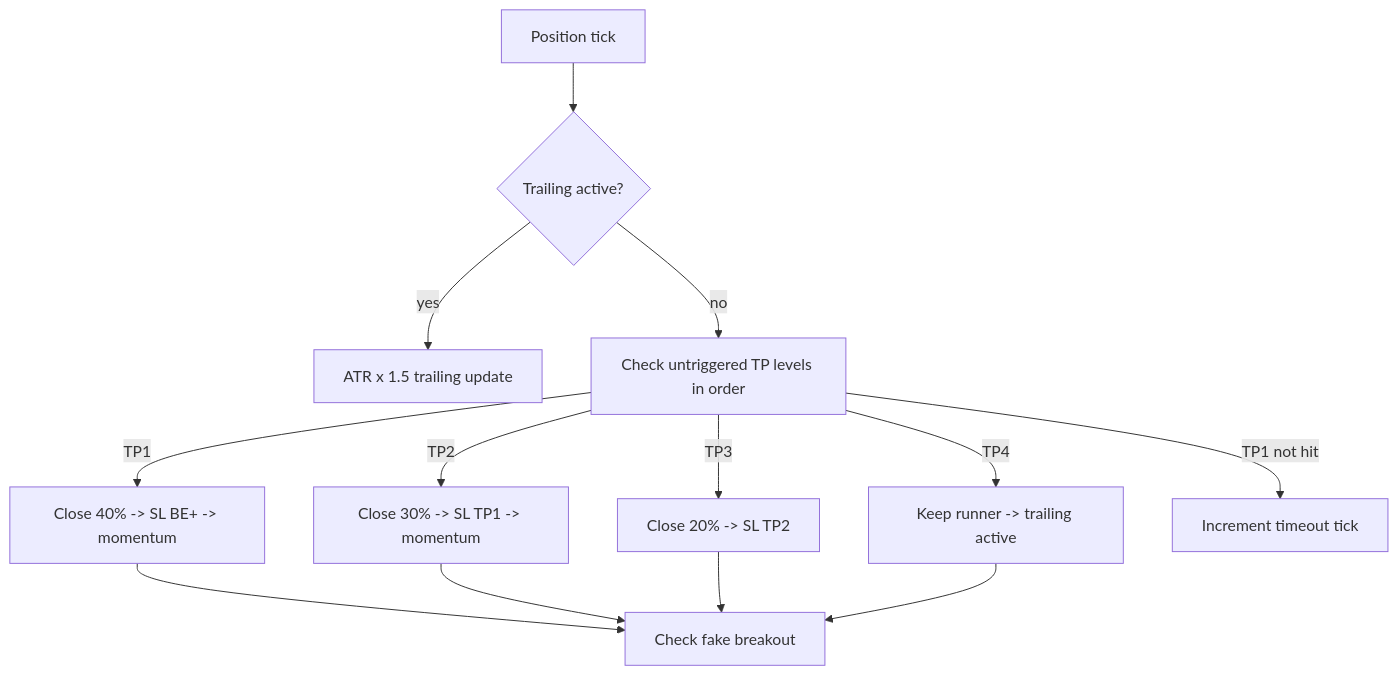
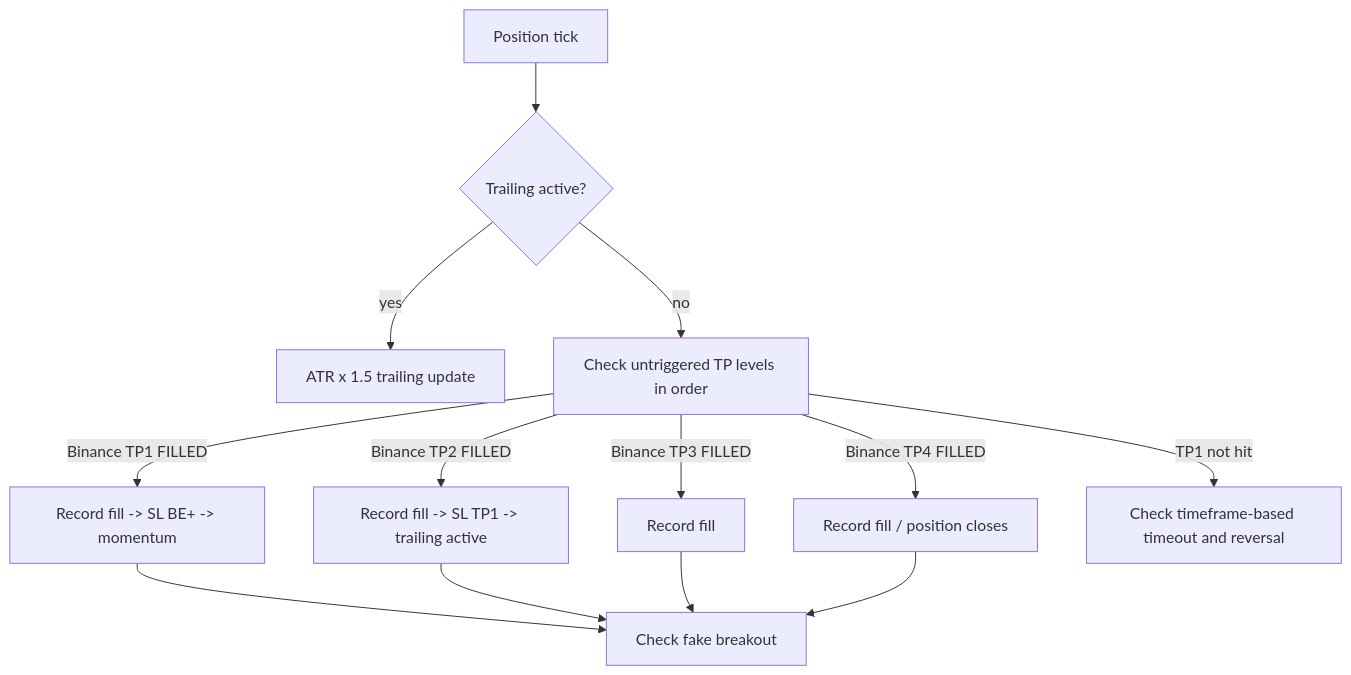
One commit to SamuiRo/EADrift changed the third of 3 diagrams in docs/FLOWS.md. Above: the diagram before and after it, drawn with Mermaid. The commit also changed other lines of this file and 9 other files, not shown here.

````diff
--- a/docs/FLOWS.md
+++ b/docs/FLOWS.md
@@ -118,15 +118,15 @@
 ```mermaid
 flowchart TD
     A["Position tick"] --> T{"Trailing active?"}
     T -->|yes| TR["ATR x 1.5 trailing update"]
     T -->|no| P["Check untriggered TP levels in order"]
-    P -->|TP1| P1["Close 40% -> SL BE+ -> momentum"]
-    P -->|TP2| P2["Close 30% -> SL TP1 -> momentum"]
-    P -->|TP3| P3["Close 20% -> SL TP2"]
-    P -->|TP4| P4["Keep runner -> trailing active"]
-    P -->|TP1 not hit| TO["Increment timeout tick"]
+    P -->|Binance TP1 FILLED| P1["Record fill -> SL BE+ -> momentum"]
+    P -->|Binance TP2 FILLED| P2["Record fill -> SL TP1 -> trailing active"]
+    P -->|Binance TP3 FILLED| P3["Record fill"]
+    P -->|Binance TP4 FILLED| P4["Record fill / position closes"]
+    P -->|TP1 not hit| TO["Check timeframe-based timeout and reversal"]
     P1 --> FB["Check fake breakout"]
     P2 --> FB
     P3 --> FB
     P4 --> FB
 ```
````
